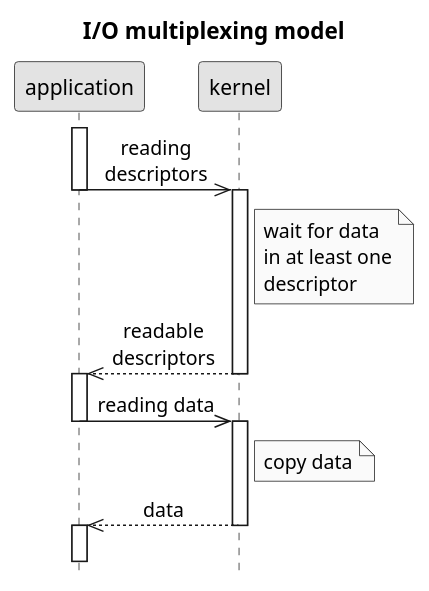
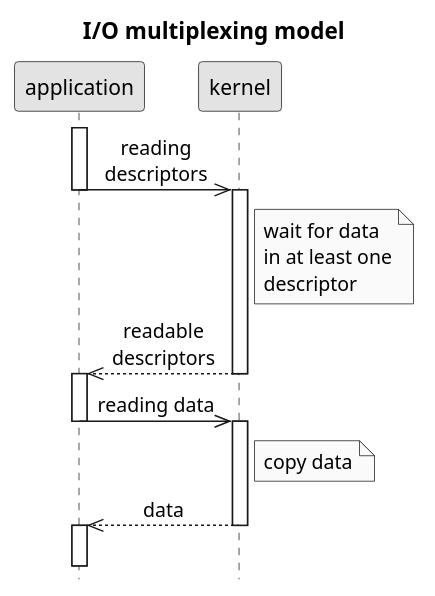
One commit to c0p4c4b4n4/demo-sockets-io-nio-nio2 changed the diagram in .images/IO multiplexing model.puml. Above: the diagram before and after it, drawn with PlantUML. The commit also changed 6 other files, not shown here.

```diff
--- a/.images/IO multiplexing model.puml
+++ b/.images/IO multiplexing model.puml
@@ -1,24 +1,25 @@
 @startuml
 title I/O multiplexing model
 hide footbox
 skinparam monochrome true
 skinparam defaultFontName Microsoft Sans Serif
 skinparam titleFontSize 15
 skinparam sequenceMessageAlign center
 activate application
 application->>kernel: reading\ndescriptors
 deactivate application
 activate kernel
 Note right of kernel: wait for data\nin at least one\ndescriptor
 kernel-->>application: readable\ndescriptors
 deactivate kernel
 activate application
 application->>kernel: reading data
 deactivate application
 activate kernel
 Note right of kernel: copy data
 kernel-->>application: data
 deactivate kernel
 activate application
-||15||
+||4||
+kernel -[#white]->]
 @enduml
```
